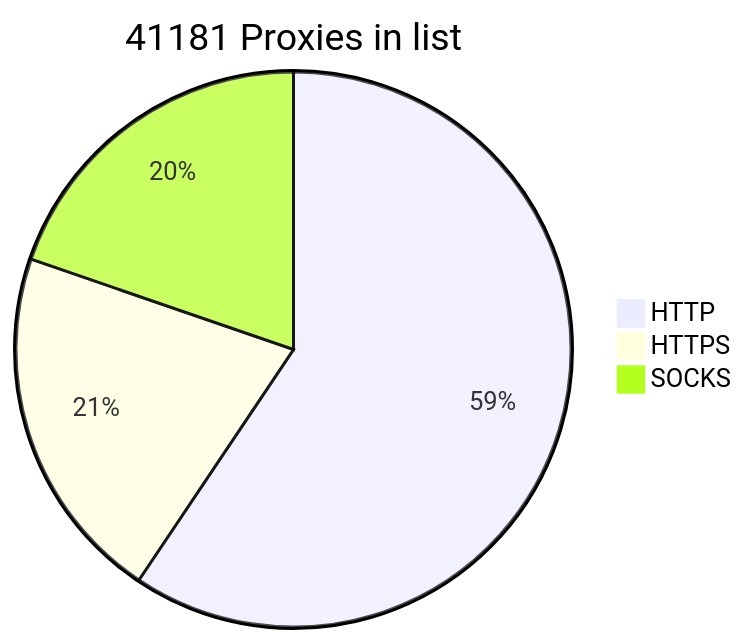
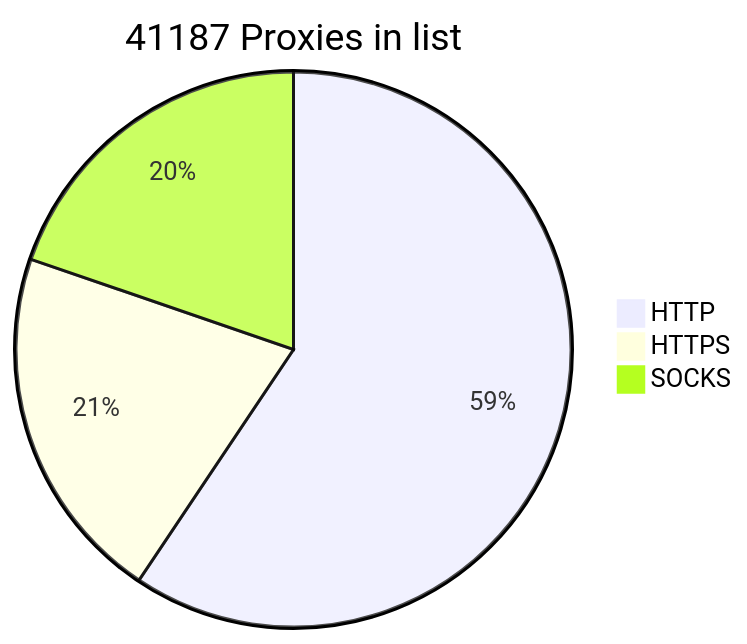
One commit to BlackSnowDot/proxylist-update-every-minute changed the diagram in README.md. Above: the diagram before and after it, drawn with Mermaid.

````diff
--- a/README.md
+++ b/README.md
@@ -2,6 +2,6 @@
 ```mermaid
-pie title 41181 Proxies in list
-    "HTTP" : 28440
+pie title 41187 Proxies in list
+    "HTTP" : 28441
     "HTTPS": 9996
-    "SOCKS" : 9444
+    "SOCKS" : 9449
 ```
````
